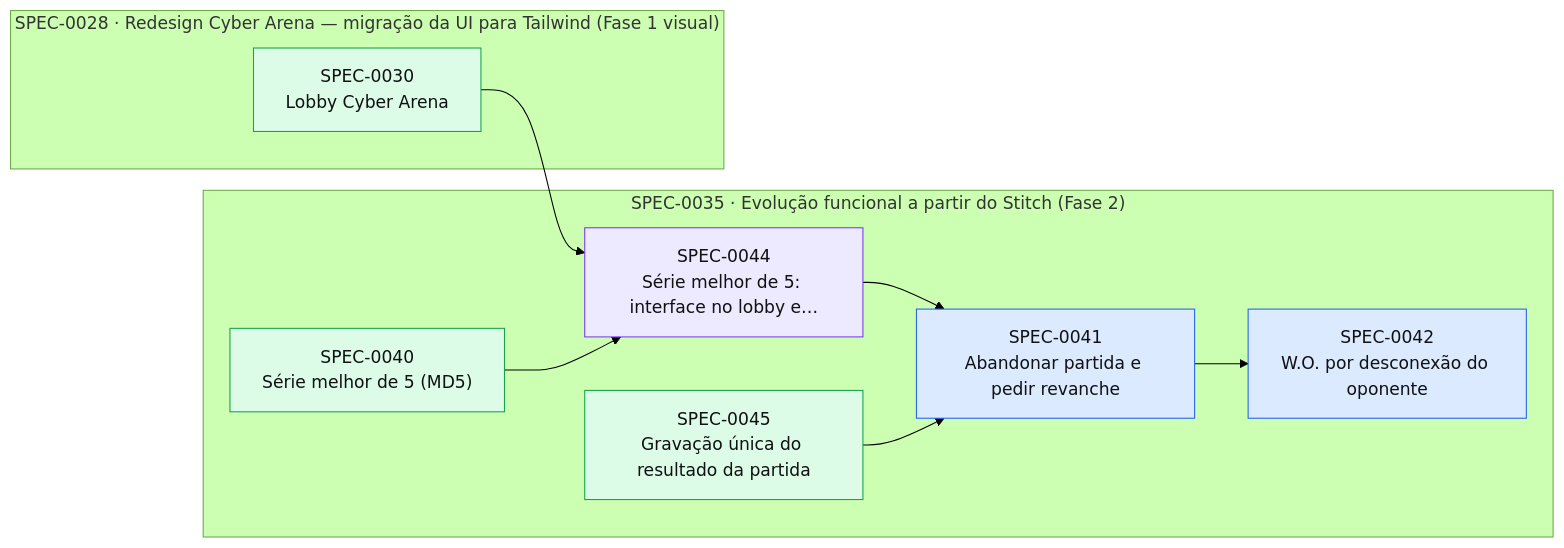
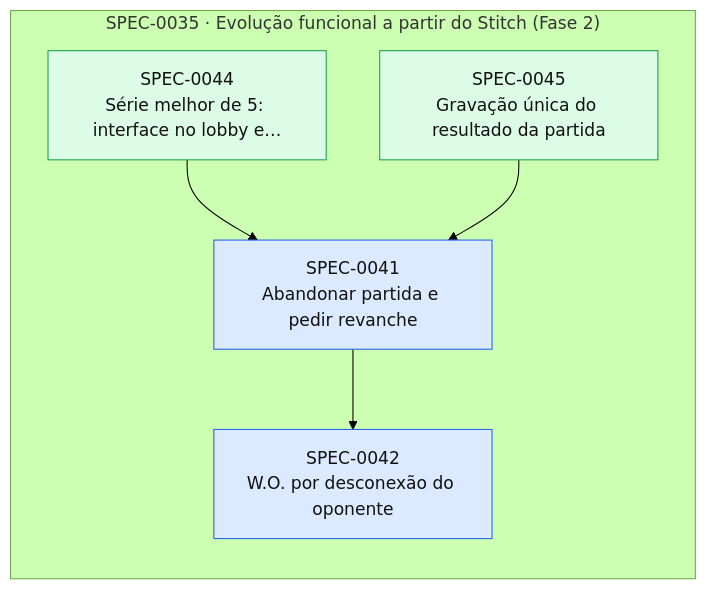
The diagram in docs/specs/INDEX.md (thomasravache/jogo-da-velha-multiplayer), drawn with Mermaid (forest theme) before and after one commit. The commit also changed other lines of this file and 2 other files, not shown here.

First line of the commit message:
docs(specs): fechar SPEC-0044 (relatório de entrega e CHANGELOG)

````diff
--- a/docs/specs/INDEX.md
+++ b/docs/specs/INDEX.md
@@ -38,23 +37,17 @@
 ```mermaid
 flowchart LR
-  subgraph E0028["SPEC-0028 · Redesign Cyber Arena — migração da UI para Tailwind (Fase 1 visual)"]
-    S0030["SPEC-0030<br/>Lobby Cyber Arena"]:::implemented
-  end
   subgraph E0035["SPEC-0035 · Evolução funcional a partir do Stitch (Fase 2)"]
-    S0040["SPEC-0040<br/>Série melhor de 5 (MD5)"]:::implemented
     S0041["SPEC-0041<br/>Abandonar partida e pedir revanche"]:::approved
     S0042["SPEC-0042<br/>W.O. por desconexão do oponente"]:::approved
-    S0044["SPEC-0044<br/>Série melhor de 5: interface no lobby e…"]:::inprogress
+    S0044["SPEC-0044<br/>Série melhor de 5: interface no lobby e…"]:::implemented
     S0045["SPEC-0045<br/>Gravação única do resultado da partida"]:::implemented
   end
   S0044 --> S0041
   S0045 --> S0041
   S0041 --> S0042
-  S0030 --> S0044
-  S0040 --> S0044
   classDef proposed fill:#fef3c7,stroke:#d97706,color:#111
   classDef approved fill:#dbeafe,stroke:#2563eb,color:#111
   classDef inprogress fill:#ede9fe,stroke:#7c3aed,color:#111
   classDef implemented fill:#dcfce7,stroke:#16a34a,color:#111
   classDef deprecated fill:#f3f4f6,stroke:#9ca3af,color:#6b7280
 ```
````
